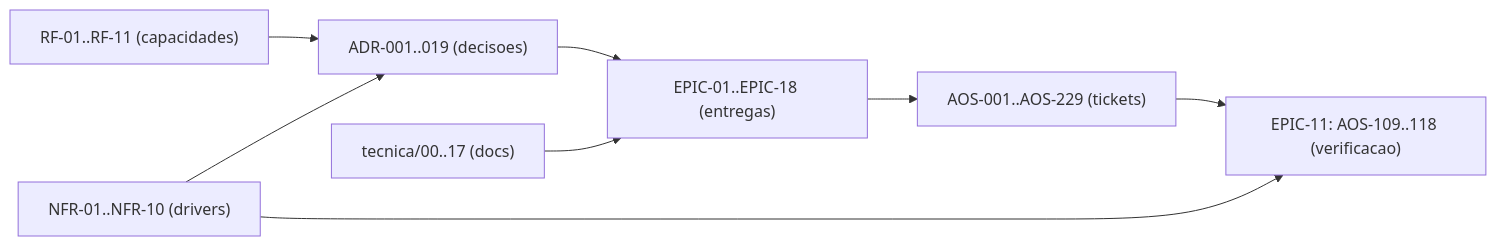
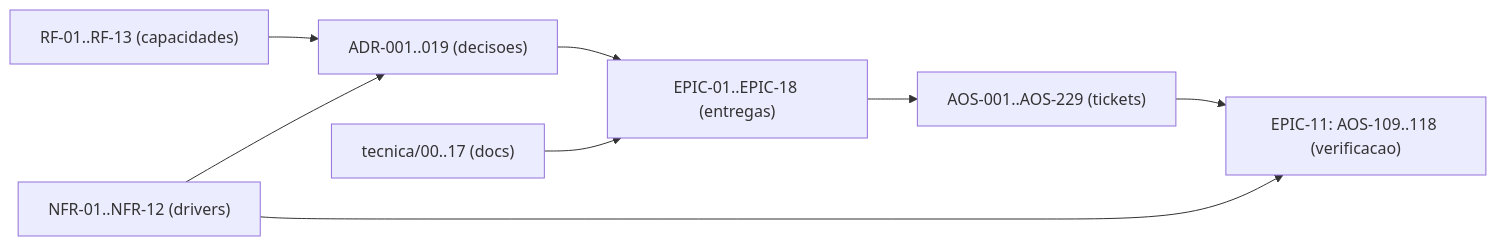
One commit to albinoJimy/aos changed the diagram in tecnica/16_Rastreabilidade_RTM.md. Above: the diagram before and after it, drawn with Mermaid. The commit also changed other lines of this file, not shown here.

````diff
--- a/tecnica/16_Rastreabilidade_RTM.md
+++ b/tecnica/16_Rastreabilidade_RTM.md
@@ -168,10 +175,10 @@
 ```mermaid
 flowchart LR
-    RF["RF-01..RF-11 (capacidades)"] --> ADR["ADR-001..019 (decisoes)"]
-    NFR["NFR-01..NFR-10 (drivers)"] --> ADR
+    RF["RF-01..RF-13 (capacidades)"] --> ADR["ADR-001..019 (decisoes)"]
+    NFR["NFR-01..NFR-12 (drivers)"] --> ADR
     ADR --> EPIC["EPIC-01..EPIC-18 (entregas)"]
     EPIC --> TICK["AOS-001..AOS-229 (tickets)"]
     DOC["tecnica/00..17 (docs)"] --> EPIC
     TICK --> TEST["EPIC-11: AOS-109..118 (verificacao)"]
     NFR --> TEST
 ```
````
